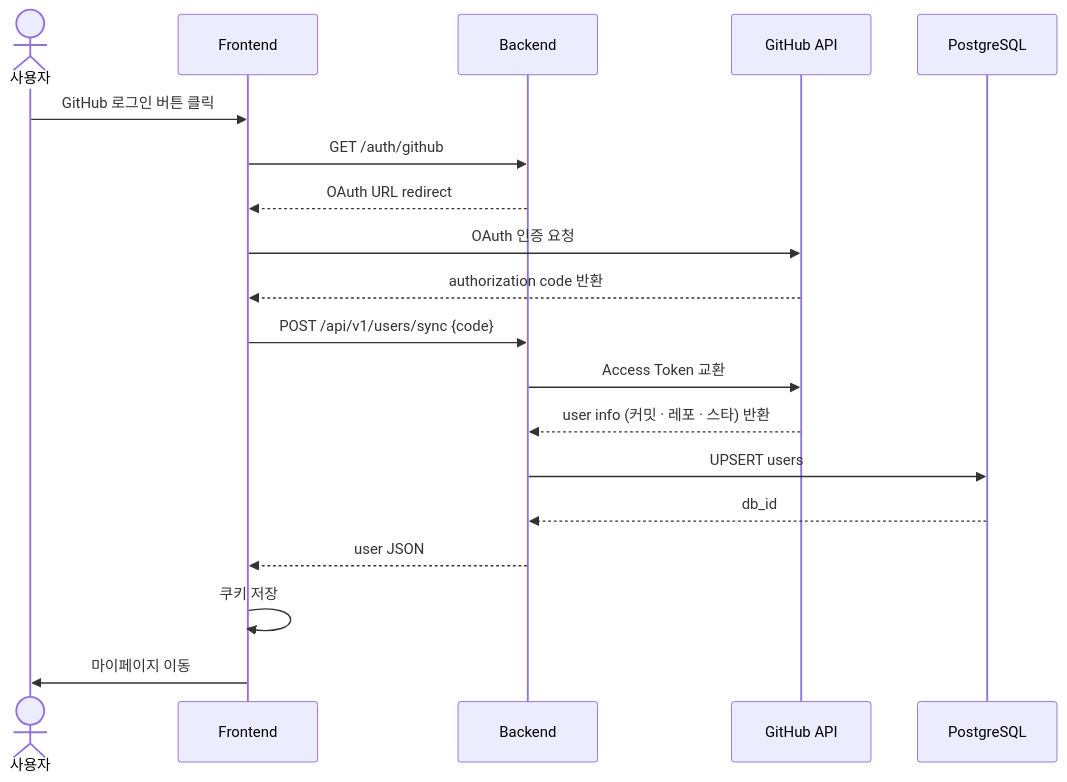
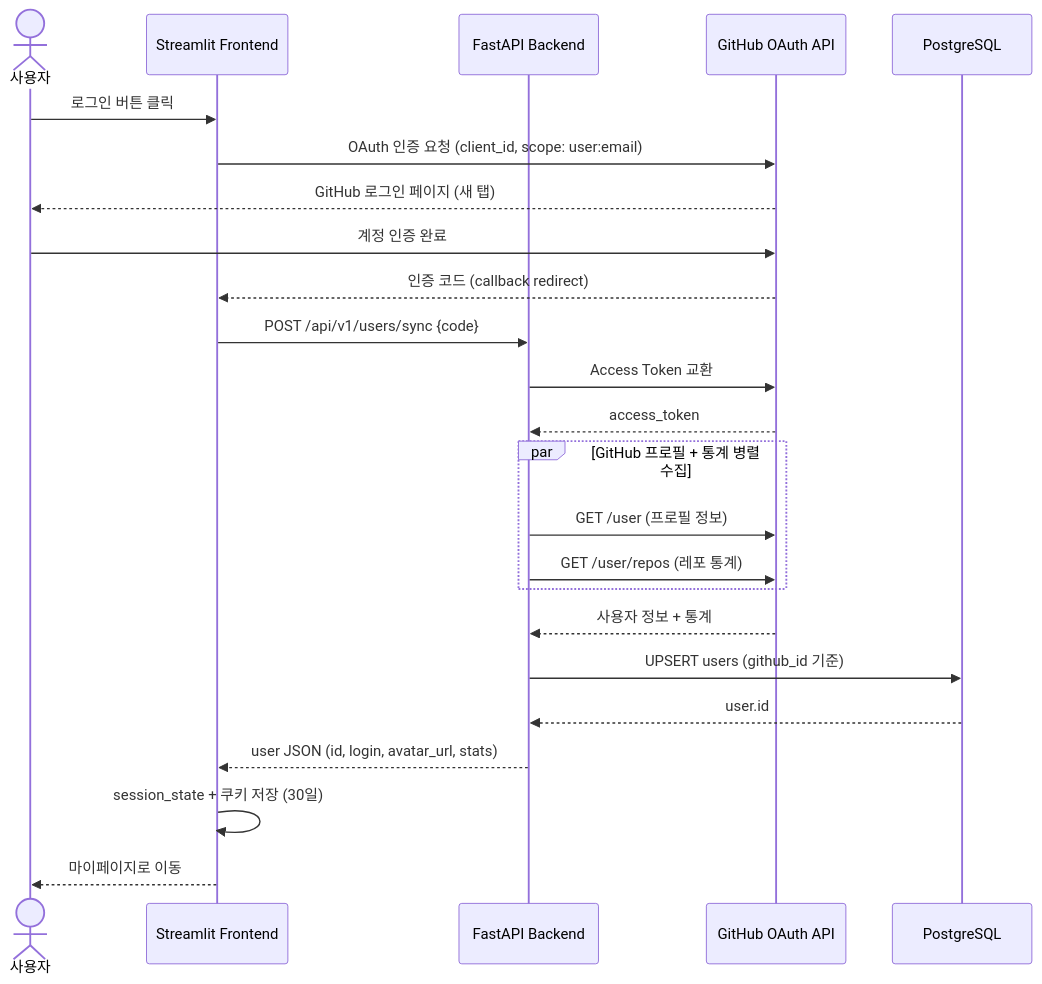
One commit to SKNETWORKS-FAMILY-AICAMP/SKN27-3rd-3TEAM changed the fourth of 7 diagrams in wiki/AI-Pipeline.md. Above: the diagram before and after it, drawn with Mermaid. The commit also changed other lines of this file and 13 other files, not shown here.

````diff
--- a/wiki/AI-Pipeline.md
+++ b/wiki/AI-Pipeline.md
@@ -83,22 +280,27 @@
 ```mermaid
 sequenceDiagram
-    actor User as 사용자
-    participant FE as Frontend
-    participant BE as Backend
-    participant GH as GitHub API
+    actor U as 사용자
+    participant FE as Streamlit Frontend
+    participant BE as FastAPI Backend
+    participant GH as GitHub OAuth API
     participant DB as PostgreSQL
 
-    User->>FE: GitHub 로그인 버튼 클릭
-    FE->>BE: GET /auth/github
-    BE-->>FE: OAuth URL redirect
-    FE->>GH: OAuth 인증 요청
-    GH-->>FE: authorization code 반환
+    U->>FE: 로그인 버튼 클릭
+    FE->>GH: OAuth 인증 요청 (client_id, scope: user:email)
+    GH-->>U: GitHub 로그인 페이지 (새 탭)
+    U->>GH: 계정 인증 완료
+    GH-->>FE: 인증 코드 (callback redirect)
     FE->>BE: POST /api/v1/users/sync {code}
     BE->>GH: Access Token 교환
-    GH-->>BE: user info (커밋 · 레포 · 스타) 반환
-    BE->>DB: UPSERT users
-    DB-->>BE: db_id
-    BE-->>FE: user JSON
-    FE->>FE: 쿠키 저장
-    FE->>User: 마이페이지 이동
+    GH-->>BE: access_token
+    par GitHub 프로필 + 통계 병렬 수집
+        BE->>GH: GET /user (프로필 정보)
+        BE->>GH: GET /user/repos (레포 통계)
+    end
+    GH-->>BE: 사용자 정보 + 통계
+    BE->>DB: UPSERT users (github_id 기준)
+    DB-->>BE: user.id
+    BE-->>FE: user JSON (id, login, avatar_url, stats)
+    FE->>FE: session_state + 쿠키 저장 (30일)
+    FE-->>U: 마이페이지로 이동
 ```
````
